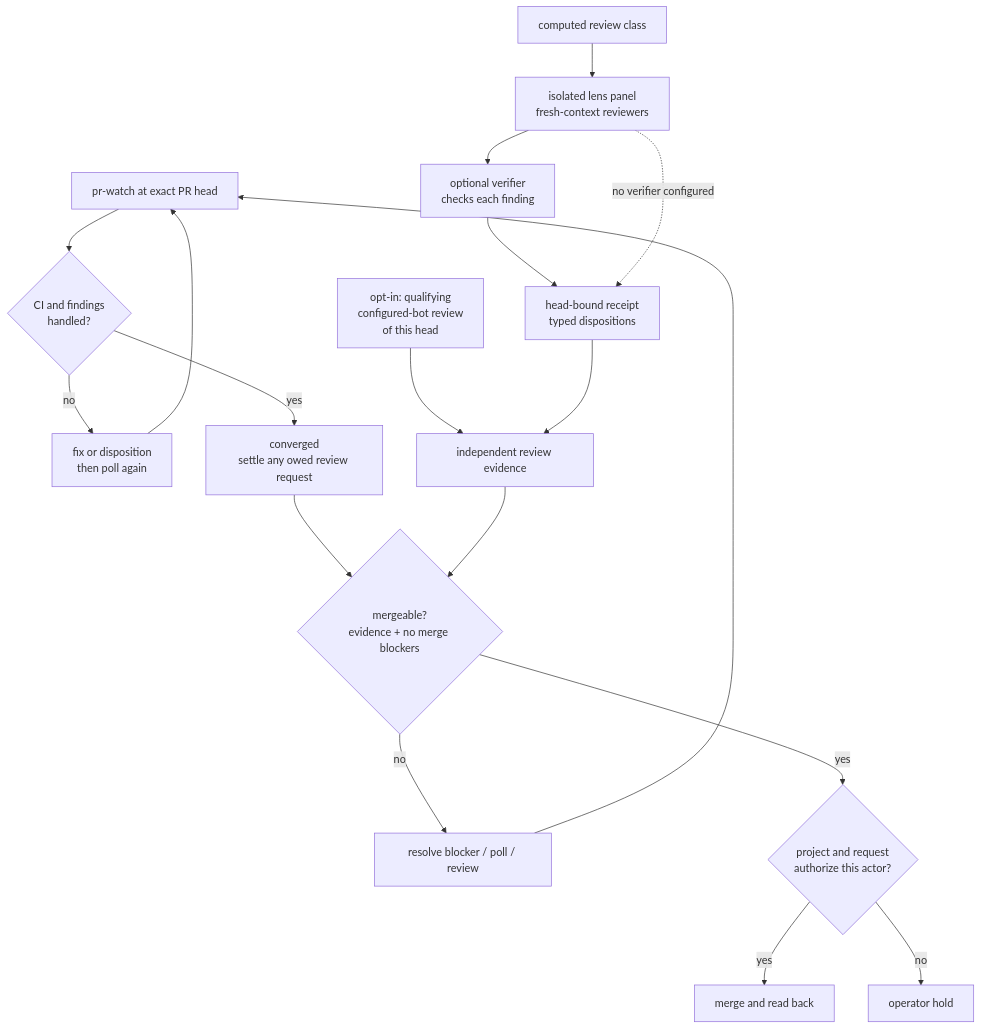
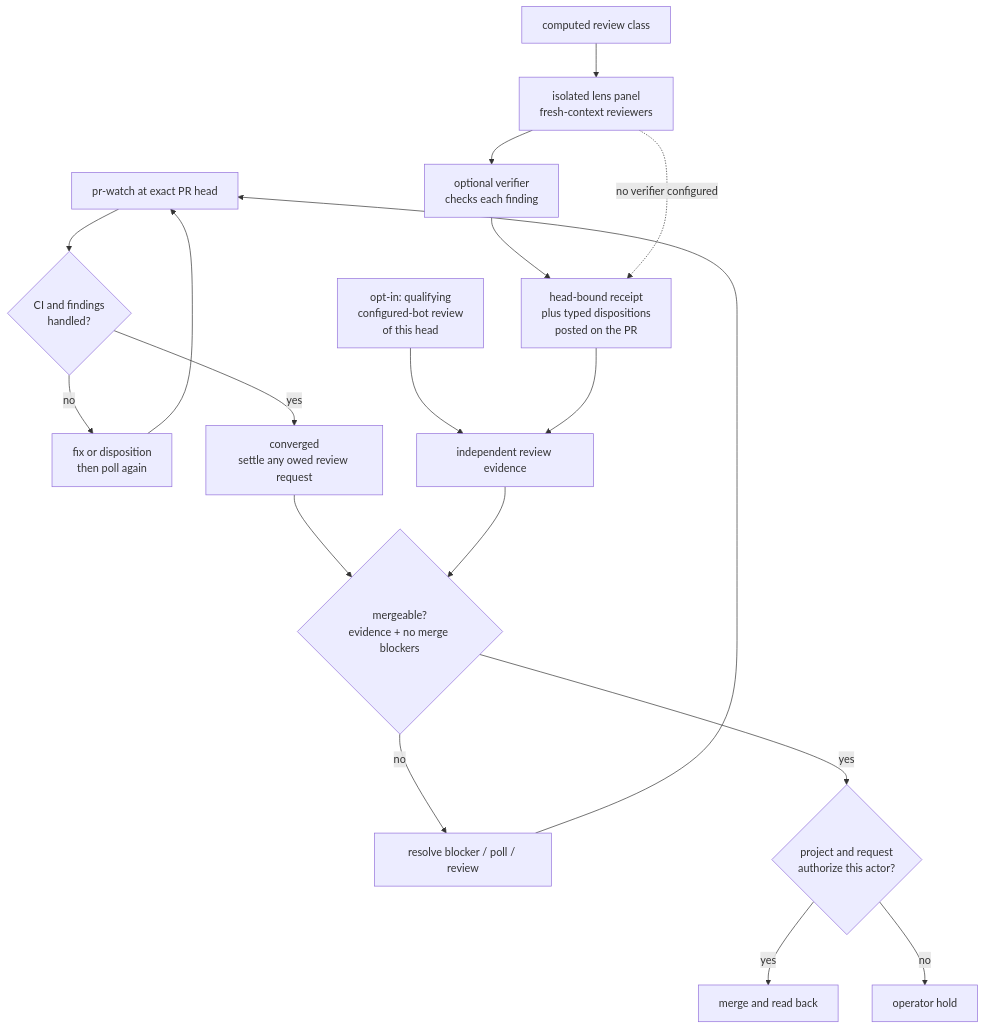
Before and after one commit to topij/agentic-dev-kit: the third of 6 diagrams in docs/architecture.md, drawn with Mermaid. The commit also changed other lines of this file and 4 other files, not shown here.

````diff
--- a/docs/architecture.md
+++ b/docs/architecture.md
@@ -136,20 +136,20 @@
 ```mermaid
 flowchart TB
     Poll["pr-watch at exact PR head"] --> Loop{"CI and findings<br/>handled?"}
     Loop -->|no| Repair["fix or disposition<br/>then poll again"]
     Repair --> Poll
     Loop -->|yes| Converged["converged<br/>settle any owed review request"]
     Bot["opt-in: qualifying<br/>configured-bot review<br/>of this head"] --> Evidence["independent review evidence"]
     Class["computed review class"] --> Lenses["isolated lens panel<br/>fresh-context reviewers"]
     Lenses --> Verifier["optional verifier<br/>checks each finding"]
-    Verifier --> Receipt["head-bound receipt<br/>typed dispositions"]
+    Verifier --> Receipt["head-bound receipt<br/>plus typed dispositions<br/>posted on the PR"]
     Lenses -.->|no verifier configured| Receipt
     Receipt --> Evidence
     Converged --> Gate{"mergeable?<br/>evidence + no merge blockers"}
     Evidence --> Gate
     Gate -->|no| Block["resolve blocker / poll / review"]
     Block --> Poll
     Gate -->|yes| Authority{"project and request<br/>authorize this actor?"}
     Authority -->|yes| Merge["merge and read back"]
     Authority -->|no| Hold["operator hold"]
 ```
````
